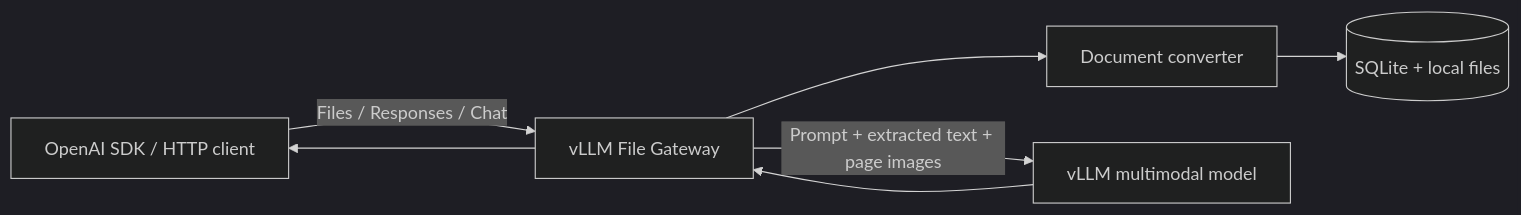
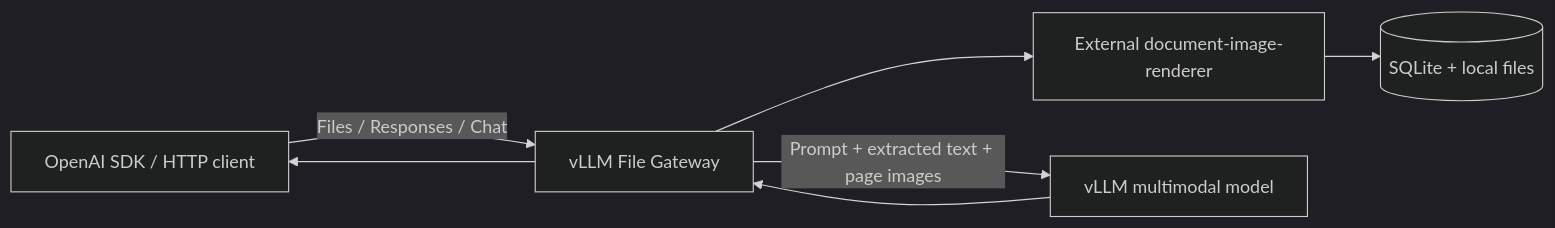
Before and after one commit to mochizuki875/vllm-file-gateway: the diagram in README.md, drawn with Mermaid (dark theme). The commit also changed other lines of this file and 44 other files, not shown here.

Commit message:
separate document rendering logic to external library

````diff
--- a/README.md
+++ b/README.md
@@ -38,15 +32,15 @@
 ```mermaid
 flowchart LR
   Client[OpenAI SDK / HTTP client]
   Gateway[vLLM File Gateway]
-  Converter[Document converter]
+  Converter[External document-image-renderer]
   Storage[(SQLite + local files)]
   VLLM[vLLM multimodal model]
 
   Client -->|Files / Responses / Chat| Gateway
   Gateway --> Converter
   Converter --> Storage
   Gateway -->|Prompt + extracted text + page images| VLLM
   VLLM --> Gateway
   Gateway --> Client
 ```
````
